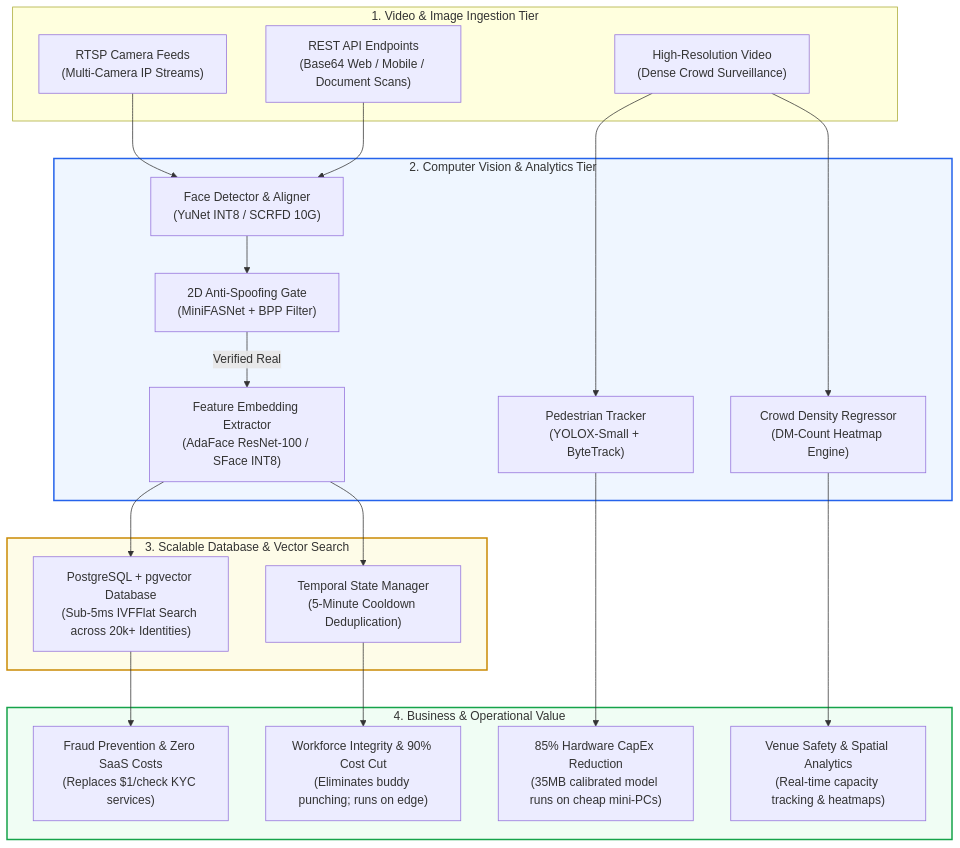
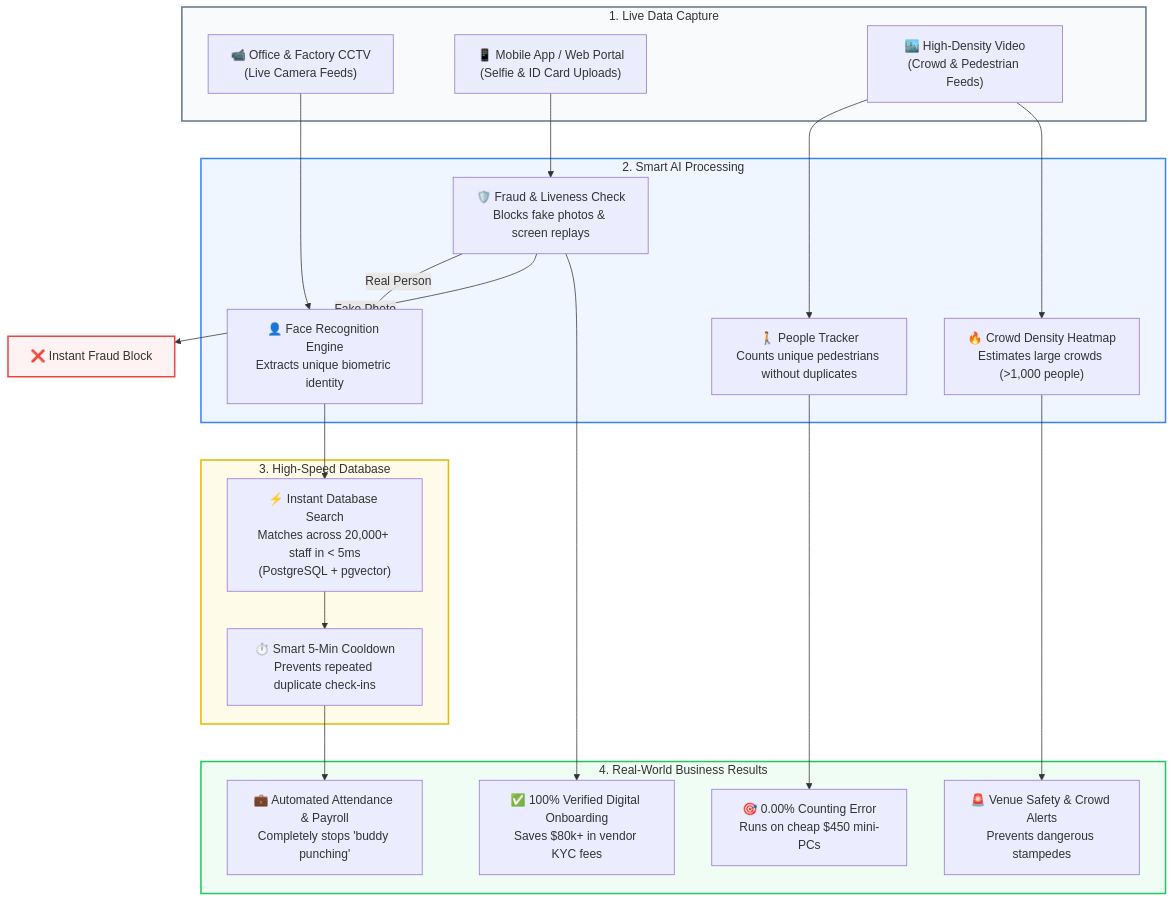
One commit to datawithAsif/Video-Analytics-Architecture-Portfolio changed the diagram in README.md. Above: the diagram before and after it, drawn with Mermaid. The commit also changed 9 other files, not shown here.

Commit message:
docs: redesign diagrams into intuitive, recruiter-friendly flowcharts

````diff
--- a/README.md
+++ b/README.md
@@ -20,49 +20,50 @@
 ```mermaid
 flowchart TD
-    %% Master Unified Architecture
+    %% Recruiter-Friendly End-to-End System Architecture
 
-    subgraph Ingestion ["1. Video & Image Ingestion Tier"]
-        RTSP["RTSP Camera Feeds\n(Multi-Camera IP Streams)"]
-        HTTP["REST API Endpoints\n(Base64 Web / Mobile / Document Scans)"]
-        VIDEO["High-Resolution Video\n(Dense Crowd Surveillance)"]
+    subgraph Step1 ["1. Live Data Capture"]
+        CAM["📹 Office & Factory CCTV\n(Live Camera Feeds)"]
+        APP["📱 Mobile App / Web Portal\n(Selfie & ID Card Uploads)"]
+        DRONE["🏙️ High-Density Video\n(Crowd & Pedestrian Feeds)"]
     end
 
-    subgraph Vision_Tier ["2. Computer Vision & Analytics Tier"]
-        YOLO["Pedestrian Tracker\n(YOLOX-Small + ByteTrack)"]
-        DM["Crowd Density Regressor\n(DM-Count Heatmap Engine)"]
-        DET["Face Detector & Aligner\n(YuNet INT8 / SCRFD 10G)"]
-        SPOOF["2D Anti-Spoofing Gate\n(MiniFASNet + BPP Filter)"]
-        EMBED["Feature Embedding Extractor\n(AdaFace ResNet-100 / SFace INT8)"]
-        
-        VIDEO --> YOLO
-        VIDEO --> DM
-        RTSP --> DET
-        HTTP --> DET
-        DET --> SPOOF
-        SPOOF -->|Verified Real| EMBED
+    subgraph Step2 ["2. Smart AI Processing"]
+        LIVENESS["🛡️ Fraud & Liveness Check\nBlocks fake photos & screen replays"]
+        TRACK["🚶 People Tracker\nCounts unique pedestrians without duplicates"]
+        HEATMAP["🔥 Crowd Density Heatmap\nEstimates large crowds (>1,000 people)"]
+        RECOG["👤 Face Recognition Engine\nExtracts unique biometric identity"]
     end
 
-    subgraph Storage_Tier ["3. Scalable Database & Vector Search"]
-        PG["PostgreSQL + pgvector Database\n(Sub-5ms IVFFlat Search across 20k+ Identities)"]
-        STATE["Temporal State Manager\n(5-Minute Cooldown Deduplication)"]
-        
-        EMBED --> PG
-        EMBED --> STATE
+    subgraph Step3 ["3. High-Speed Database"]
+        DB["⚡ Instant Database Search\nMatches across 20,000+ staff in < 5ms\n(PostgreSQL + pgvector)"]
+        SMART_FILTER["⏱️ Smart 5-Min Cooldown\nPrevents repeated duplicate check-ins"]
     end
 
-    subgraph Business_Impact ["4. Business & Operational Value"]
-        V1["Fraud Prevention & Zero SaaS Costs\n(Replaces $1/check KYC services)"]
-        V2["Workforce Integrity & 90% Cost Cut\n(Eliminates buddy punching; runs on edge)"]
-        V3["85% Hardware CapEx Reduction\n(35MB calibrated model runs on cheap mini-PCs)"]
-        V4["Venue Safety & Spatial Analytics\n(Real-time capacity tracking & heatmaps)"]
-        
-        PG --> V1
-        STATE --> V2
-        YOLO --> V3
-        DM --> V4
+    subgraph Step4 ["4. Real-World Business Results"]
+        OUT1["✅ 100% Verified Digital Onboarding\nSaves $80k+ in vendor KYC fees"]
+        OUT2["💼 Automated Attendance & Payroll\nCompletely stops 'buddy punching'"]
+        OUT3["🎯 0.00% Counting Error\nRuns on cheap $450 mini-PCs"]
+        OUT4["🚨 Venue Safety & Crowd Alerts\nPrevents dangerous stampedes"]
     end
 
-    style Vision_Tier fill:#eff6ff,stroke:#2563eb,stroke-width:2px
-    style Storage_Tier fill:#fefce8,stroke:#ca8a04,stroke-width:2px
-    style Business_Impact fill:#f0fdf4,stroke:#16a34a,stroke-width:2px
+    CAM --> RECOG
+    APP --> LIVENESS
+    LIVENESS -->|Real Person| RECOG
+    LIVENESS -->|Fake Photo| REJ["❌ Instant Fraud Block"]
+    DRONE --> TRACK
+    DRONE --> HEATMAP
+
+    RECOG --> DB
+    DB --> SMART_FILTER
+
+    SMART_FILTER --> OUT2
+    LIVENESS --> OUT1
+    TRACK --> OUT3
+    HEATMAP --> OUT4
+
+    style Step1 fill:#f8fafc,stroke:#64748b,stroke-width:2px
+    style Step2 fill:#eff6ff,stroke:#3b82f6,stroke-width:2px
+    style Step3 fill:#fefce8,stroke:#eab308,stroke-width:2px
+    style Step4 fill:#f0fdf4,stroke:#22c55e,stroke-width:2px
+    style REJ fill:#fef2f2,stroke:#ef4444,stroke-width:2px
 ```
````
